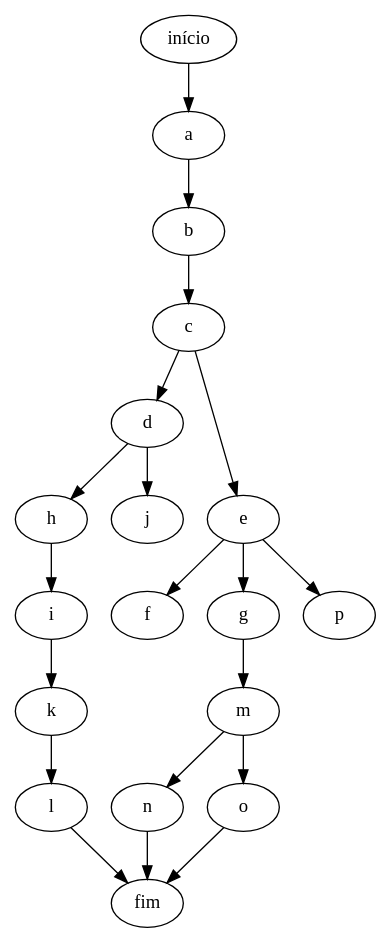
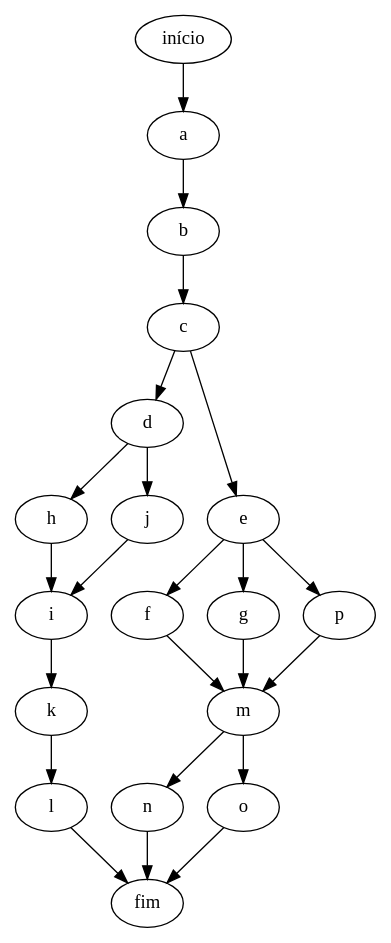
The diagram in Plano de Projeto/Graph.dot (LuanBodner/Projeto-1-ES2), drawn with Graphviz before and after one commit. The commit also changed 1 other file, not shown here.

```diff
--- a/Plano de Projeto/Graph.dot
+++ b/Plano de Projeto/Graph.dot
@@ -1,21 +1,24 @@
 digraph {
 	início -> a; 
 	a -> b;
 	b -> c;
 	c -> d;
 	c -> e;
 	e -> f;
 	e -> g;
 	d -> h;
 	d -> j;
 	h -> i;
 	i -> k;
 	k -> l;
 	g -> m;
 	m -> n;
 	m -> o;
 	e -> p;
+	j -> i;
+	f -> m;
+	p -> m
 	l -> fim;
 	n -> fim;
 	o -> fim;
 } 
```
